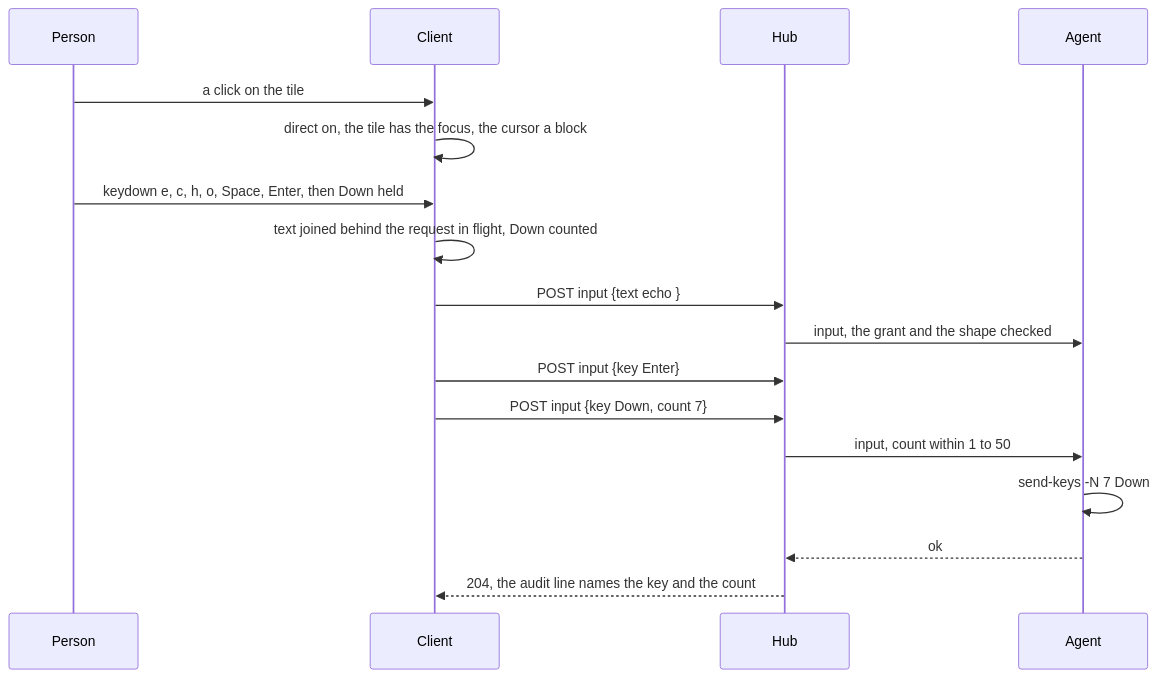
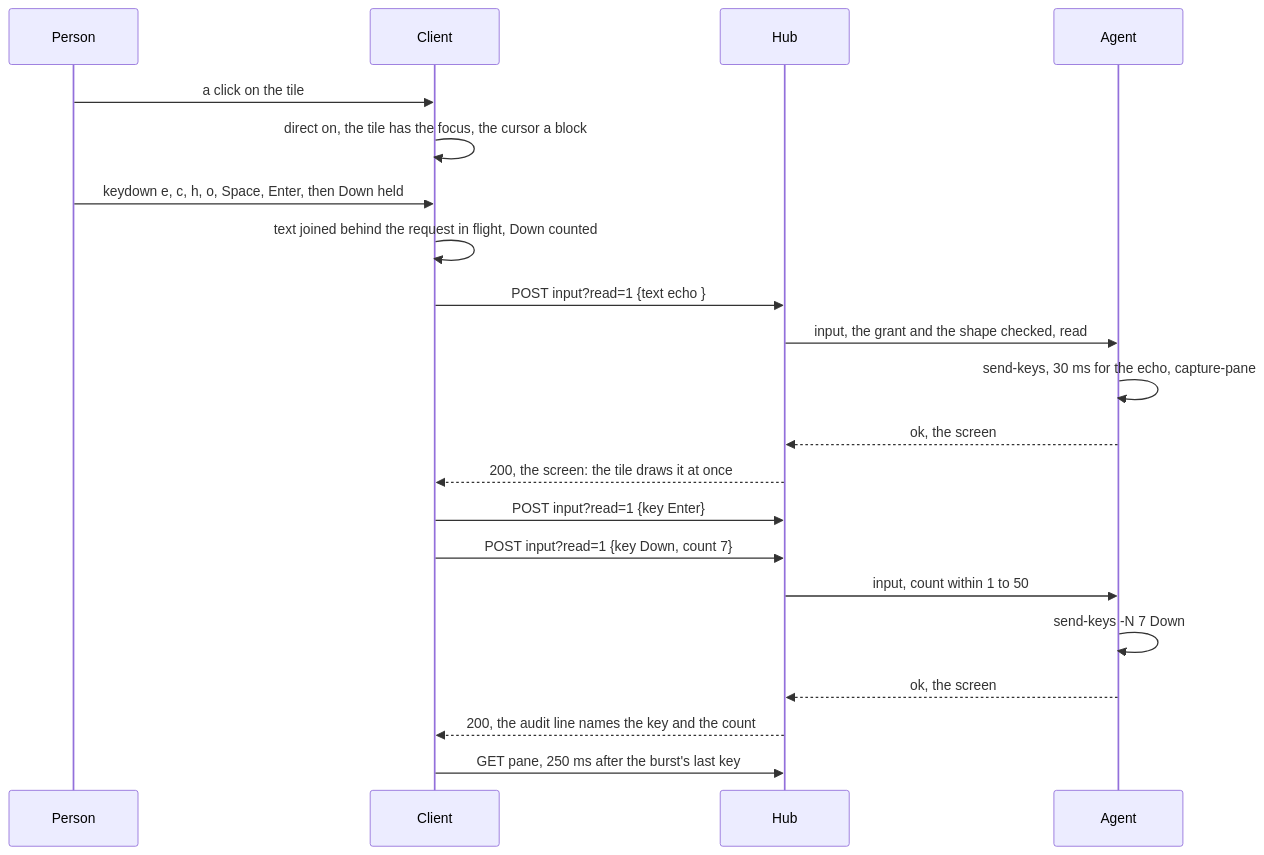
One commit to notmarkopadjen/muxway changed the second of 3 diagrams in docs/features/direct.md. Above: the diagram before and after it, drawn with Mermaid. The commit also changed other lines of this file and 19 other files, not shown here.

First line of the commit message:
A key's echo rides on the input's answer: input?read=1 answers the screen once the keys landed, the web client draws it at once in the pane and window views and reads only after the burst

````diff
--- a/docs/features/direct.md
+++ b/docs/features/direct.md
@@ -92,19 +92,23 @@
 ```mermaid
 sequenceDiagram
     participant P as Person
     participant C as Client
     participant H as Hub
     participant A as Agent
     P->>C: a click on the tile
     C->>C: direct on, the tile has the focus, the cursor a block
     P->>C: keydown e, c, h, o, Space, Enter, then Down held
     C->>C: text joined behind the request in flight, Down counted
-    C->>H: POST input {text echo }
-    H->>A: input, the grant and the shape checked
-    C->>H: POST input {key Enter}
-    C->>H: POST input {key Down, count 7}
+    C->>H: POST input?read=1 {text echo }
+    H->>A: input, the grant and the shape checked, read
+    A->>A: send-keys, 30 ms for the echo, capture-pane
+    A-->>H: ok, the screen
+    H-->>C: 200, the screen: the tile draws it at once
+    C->>H: POST input?read=1 {key Enter}
+    C->>H: POST input?read=1 {key Down, count 7}
     H->>A: input, count within 1 to 50
     A->>A: send-keys -N 7 Down
-    A-->>H: ok
-    H-->>C: 204, the audit line names the key and the count
+    A-->>H: ok, the screen
+    H-->>C: 200, the audit line names the key and the count
+    C->>H: GET pane, 250 ms after the burst's last key
 ```
````
